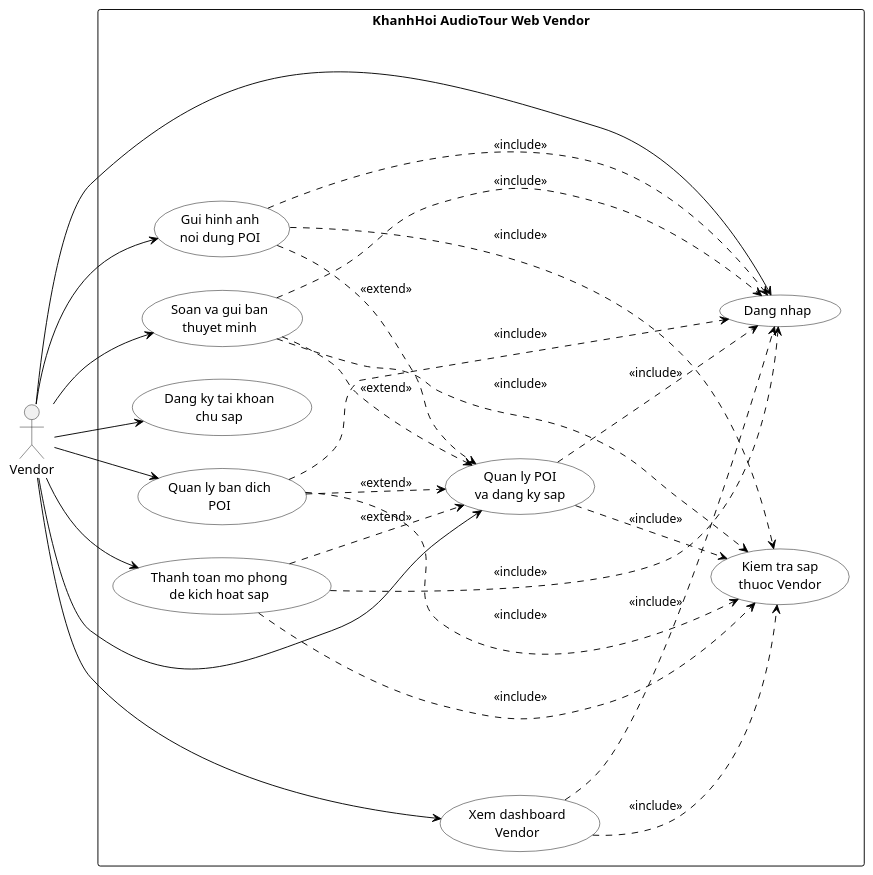
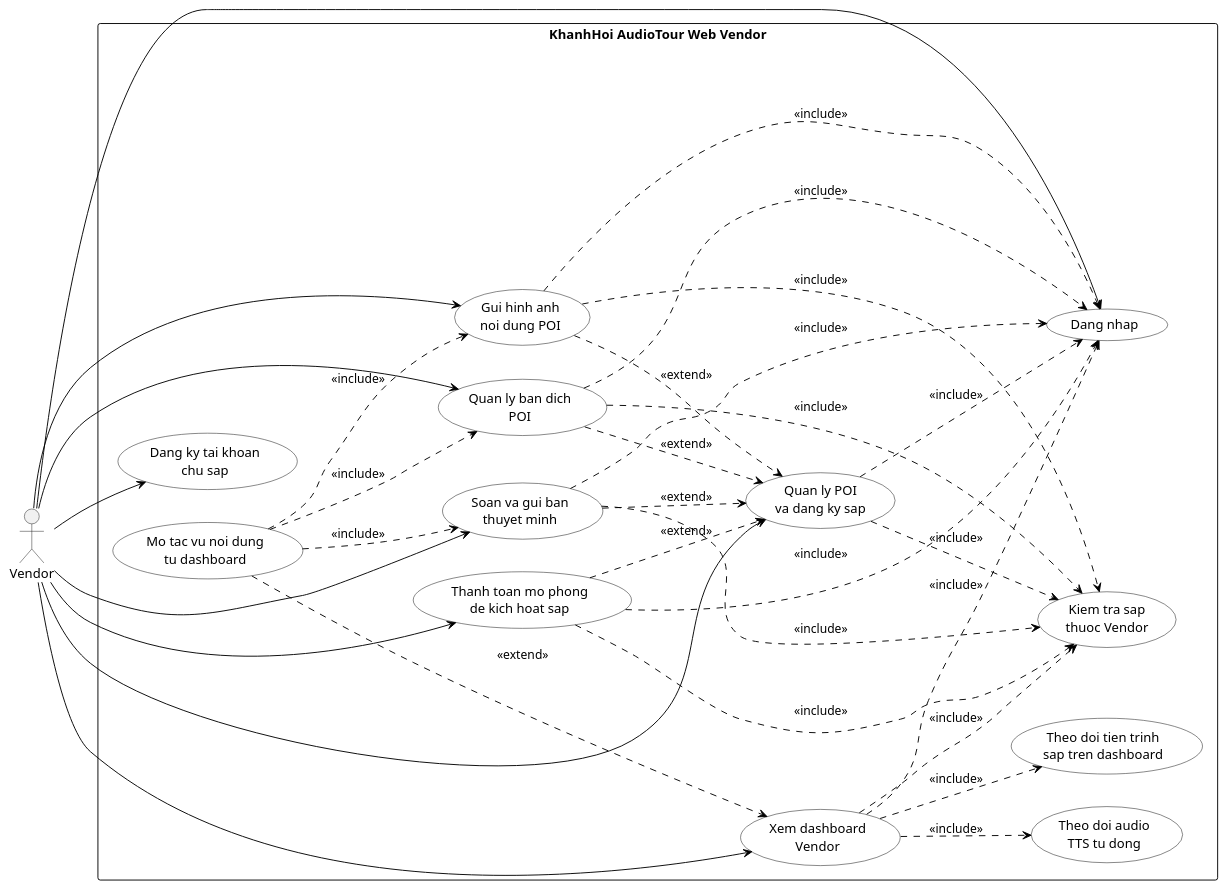
One commit to HPhuc122/VinhHy.AudioTour changed the diagram in docs/plantuml/usecase/GROUP_03_vendor_store_content_usecase.puml. Above: the diagram before and after it, drawn with PlantUML. The commit also changed 29 other files, not shown here.

```diff
--- a/docs/plantuml/usecase/GROUP_03_vendor_store_content_usecase.puml
+++ b/docs/plantuml/usecase/GROUP_03_vendor_store_content_usecase.puml
@@ -1,61 +1,70 @@
 @startuml
 
 left to right direction
 skinparam shadowing false
 skinparam monochrome true
 skinparam defaultFontName Arial
 skinparam usecase {
   BackgroundColor white
   BorderColor black
   FontColor black
 }
 skinparam rectangle {
   BackgroundColor white
   BorderColor black
   FontColor black
 }
 skinparam ArrowColor black
 
 actor "Vendor" as Vendor
 
 rectangle "KhanhHoi AudioTour Web Vendor" {
   usecase "Dang nhap" as UC01
   usecase "Dang ky tai khoan\nchu sap" as UC02
   usecase "Xem dashboard\nVendor" as UC03
   usecase "Quan ly POI\nva dang ky sap" as UC04
   usecase "Thanh toan mo phong\nde kich hoat sap" as UC06
   usecase "Quan ly ban dich\nPOI" as UC07
   usecase "Gui hinh anh\nnoi dung POI" as UC08
   usecase "Soan va gui ban\nthuyet minh" as UC10
+  usecase "Theo doi tien trinh\nsap tren dashboard" as Progress
+  usecase "Theo doi audio\nTTS tu dong" as AudioTrackStats
+  usecase "Mo tac vu noi dung\ntu dashboard" as DashboardActions
   usecase "Kiem tra sap\nthuoc Vendor" as OwnerCheck
 }
 
 Vendor --> UC02
 Vendor --> UC01
 Vendor --> UC03
 Vendor --> UC04
 Vendor --> UC06
 Vendor --> UC07
 Vendor --> UC08
 Vendor --> UC10
 
 UC03 ..> UC01 : <<include>>
 UC04 ..> UC01 : <<include>>
 UC06 ..> UC01 : <<include>>
 UC07 ..> UC01 : <<include>>
 UC08 ..> UC01 : <<include>>
 UC10 ..> UC01 : <<include>>
 
 UC03 ..> OwnerCheck : <<include>>
+UC03 ..> Progress : <<include>>
+UC03 ..> AudioTrackStats : <<include>>
 UC04 ..> OwnerCheck : <<include>>
 UC06 ..> OwnerCheck : <<include>>
 UC07 ..> OwnerCheck : <<include>>
 UC08 ..> OwnerCheck : <<include>>
 UC10 ..> OwnerCheck : <<include>>
 
 UC06 ..> UC04 : <<extend>>
 UC07 ..> UC04 : <<extend>>
 UC08 ..> UC04 : <<extend>>
 UC10 ..> UC04 : <<extend>>
+DashboardActions ..> UC03 : <<extend>>
+DashboardActions ..> UC07 : <<include>>
+DashboardActions ..> UC08 : <<include>>
+DashboardActions ..> UC10 : <<include>>
 
 @enduml
```
